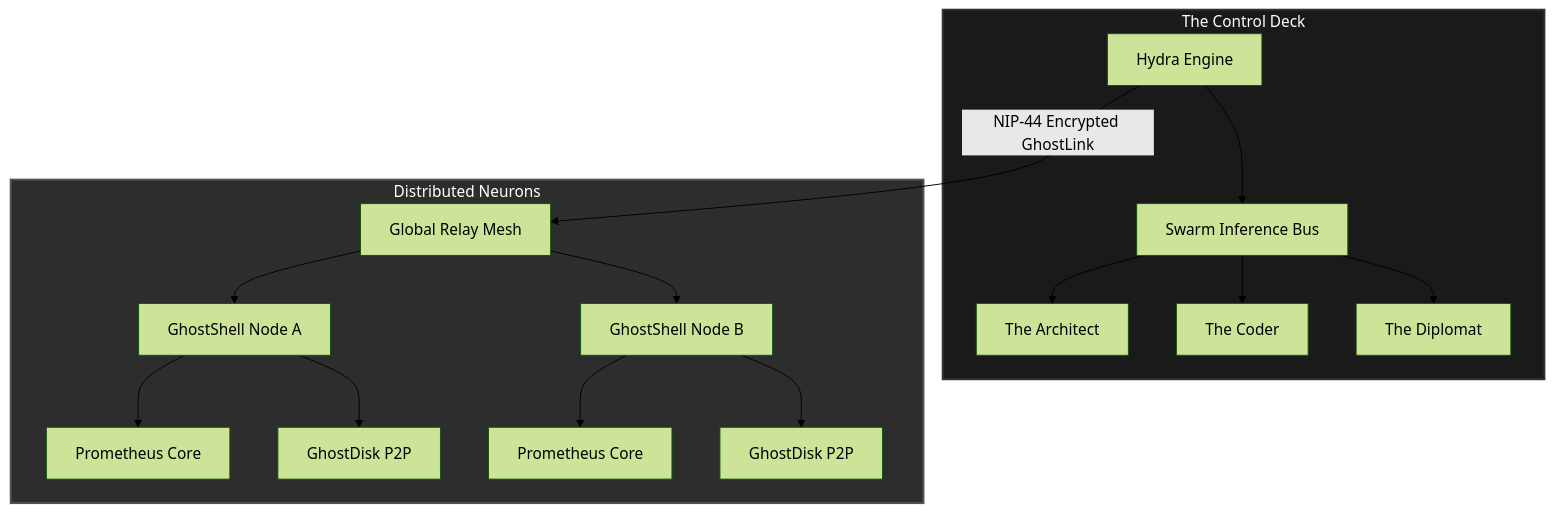
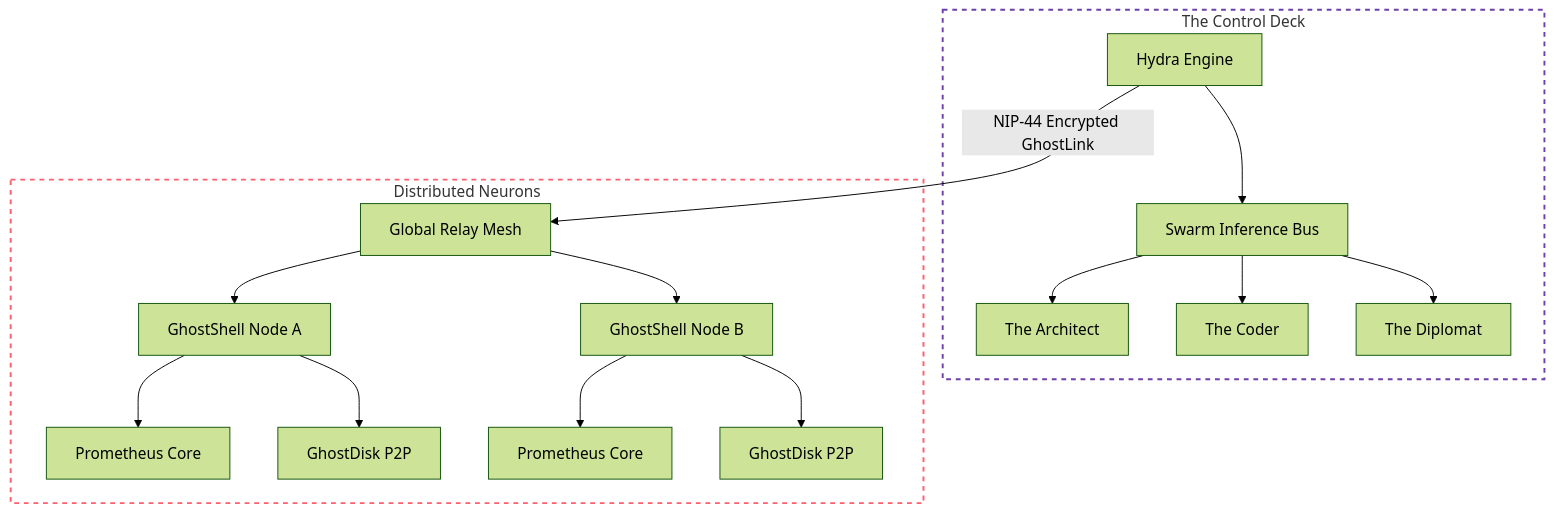
Before and after one commit to web3coderman-dev/ghostnet-protocol: the first of 2 diagrams in README.md, drawn with Mermaid (forest theme).

Commit message:
⌬ Hydra Engine: Visual Refinement - Optimized Mermaid diagram transparency for GitHub native styling

````diff
--- a/README.md
+++ b/README.md
@@ -14,23 +14,24 @@
 ```mermaid
 graph TD
     subgraph BRAIN [The Control Deck]
     H[Hydra Engine] --> S[Swarm Inference Bus]
     S --> A[The Architect]
     S --> C[The Coder]
     S --> D[The Diplomat]
     end
 
     H -->|NIP-44 Encrypted GhostLink| G[Global Relay Mesh]
 
     subgraph BODY [Distributed Neurons]
     G --> GS1[GhostShell Node A]
     G --> GS2[GhostShell Node B]
     GS1 --> P1[Prometheus Core]
     GS1 --> GD1[GhostDisk P2P]
     GS2 --> P2[Prometheus Core]
     GS2 --> GD2[GhostDisk P2P]
     end
 
-    style BRAIN fill:#1a1a1a,stroke:#333,stroke-width:2px,color:#fff
-    style BODY fill:#2d2d2d,stroke:#555,stroke-width:2px,color:#fff
+    %% Transparency and Modern Styling for GitHub Light/Dark modes
+    style BRAIN fill:none,stroke:#6e40aa,stroke-width:2px,stroke-dasharray: 5 5
+    style BODY fill:none,stroke:#ff5f6d,stroke-width:2px,stroke-dasharray: 5 5
 ```
````
